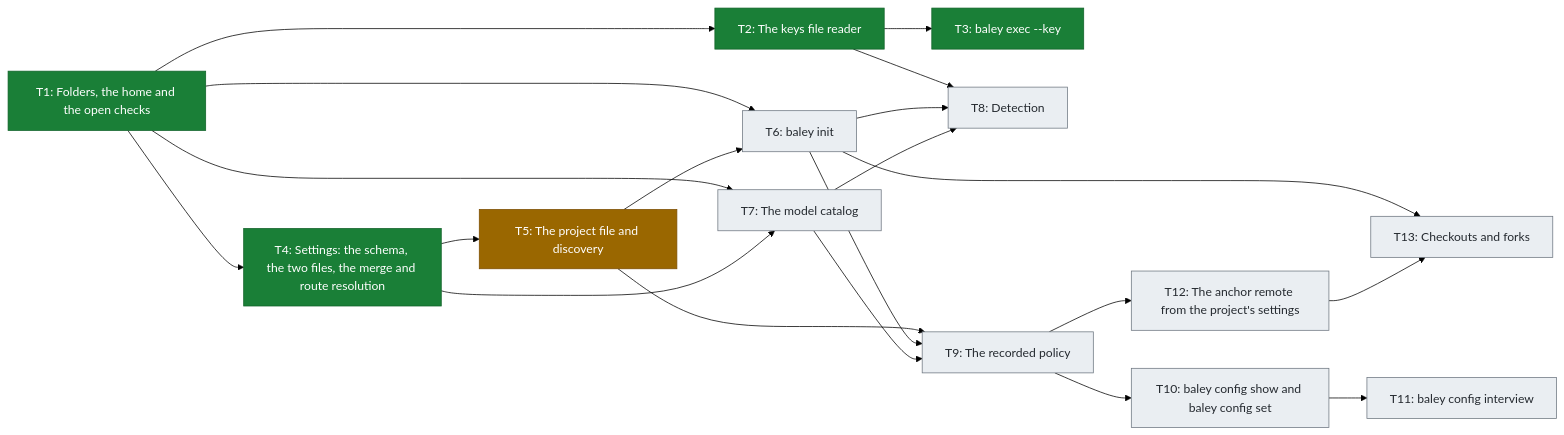
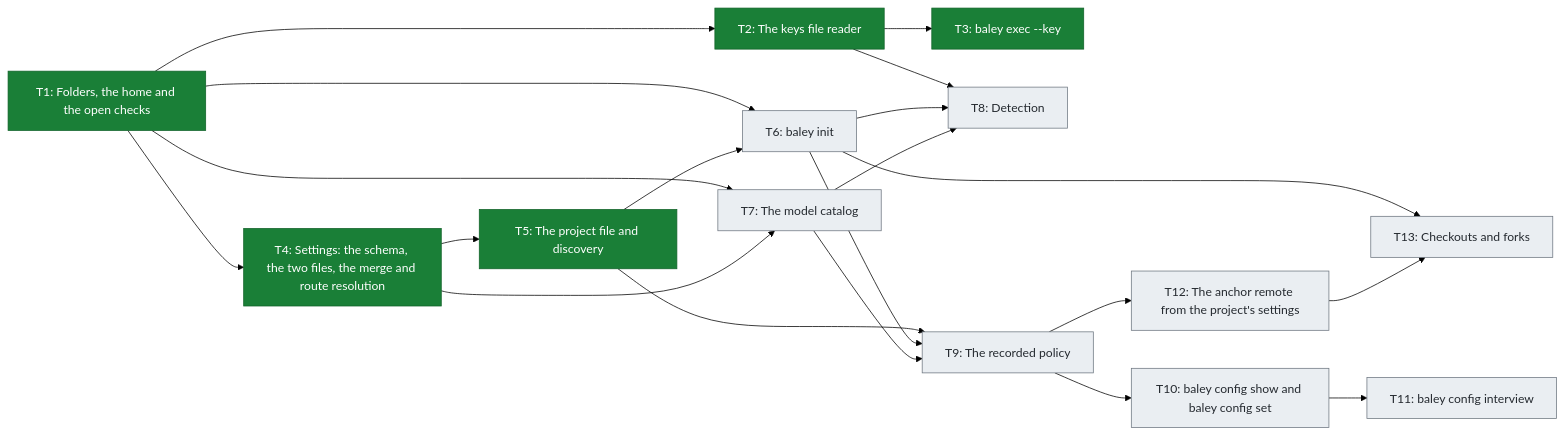
One commit to crenshawdev/baley changed the third of 3 diagrams in docs/roadmap.md. Above: the diagram before and after it, drawn with Mermaid (forest theme). The commit also changed other lines of this file, not shown here.

Commit message:
docs(roadmap): mark Build 2 T5 merged
T5 landed in #158.

````diff
--- a/docs/roadmap.md
+++ b/docs/roadmap.md
@@ -100,43 +100,41 @@
 ```mermaid
 flowchart LR
     T1["T1: Folders, the home and the open checks"]
     T2["T2: The keys file reader"]
     T3["T3: baley exec --key"]
     T4["T4: Settings: the schema, the two files, the merge and route resolution"]
     T5["T5: The project file and discovery"]
     T6["T6: baley init"]
     T7["T7: The model catalog"]
     T8["T8: Detection"]
     T9["T9: The recorded policy"]
     T10["T10: baley config show and baley config set"]
     T11["T11: baley config interview"]
     T12["T12: The anchor remote from the project's settings"]
     T13["T13: Checkouts and forks"]
 
     T1 --> T2
     T1 --> T4
     T1 --> T6
     T1 --> T7
     T2 --> T3
     T2 --> T8
     T4 --> T5
     T4 --> T7
     T5 --> T6
     T5 --> T9
     T6 --> T8
     T6 --> T9
     T6 --> T13
     T7 --> T8
     T7 --> T9
     T9 --> T10
     T9 --> T12
     T10 --> T11
     T12 --> T13
 
     classDef done fill:#1a7f37,stroke:#116329,color:#ffffff
     classDef planned fill:#eaeef2,stroke:#6e7781,color:#24292f
-    classDef progress fill:#9a6700,stroke:#7d4e00,color:#ffffff
-    class T1,T2,T3,T4 done
-    class T5 progress
+    class T1,T2,T3,T4,T5 done
     class T6,T7,T8,T9,T10,T11,T12,T13 planned
 ```
````
